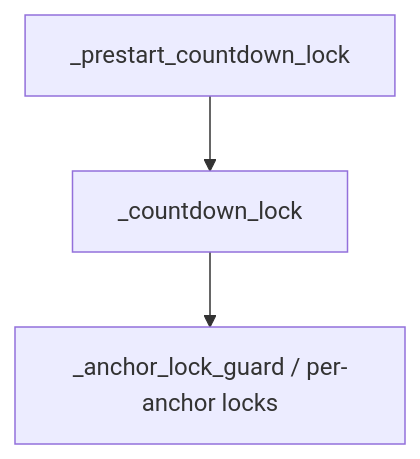
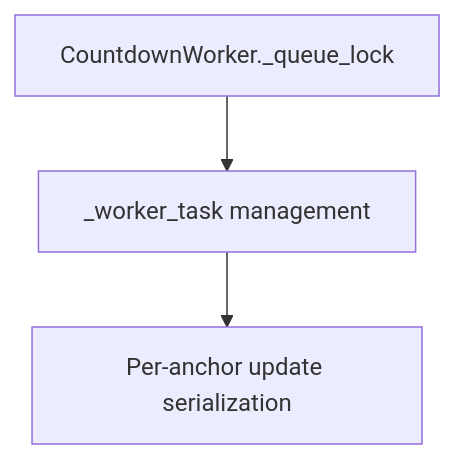
The second of 2 diagrams in docs/architecture.md (shahinmnm/Poker-Telegram-Bot), drawn with Mermaid before and after one commit. The commit also changed other lines of this file, not shown here.

Commit message:
Update countdown documentation

````diff
--- a/docs/architecture.md
+++ b/docs/architecture.md
@@ -125,5 +125,5 @@
 ```mermaid
 graph TD
-    A[_prestart_countdown_lock] --> B[_countdown_lock]
-    B --> C[_anchor_lock_guard / per-anchor locks]
+    A[CountdownWorker._queue_lock] --> B[_worker_task management]
+    B --> C[Per-anchor update serialization]
 ```
````
